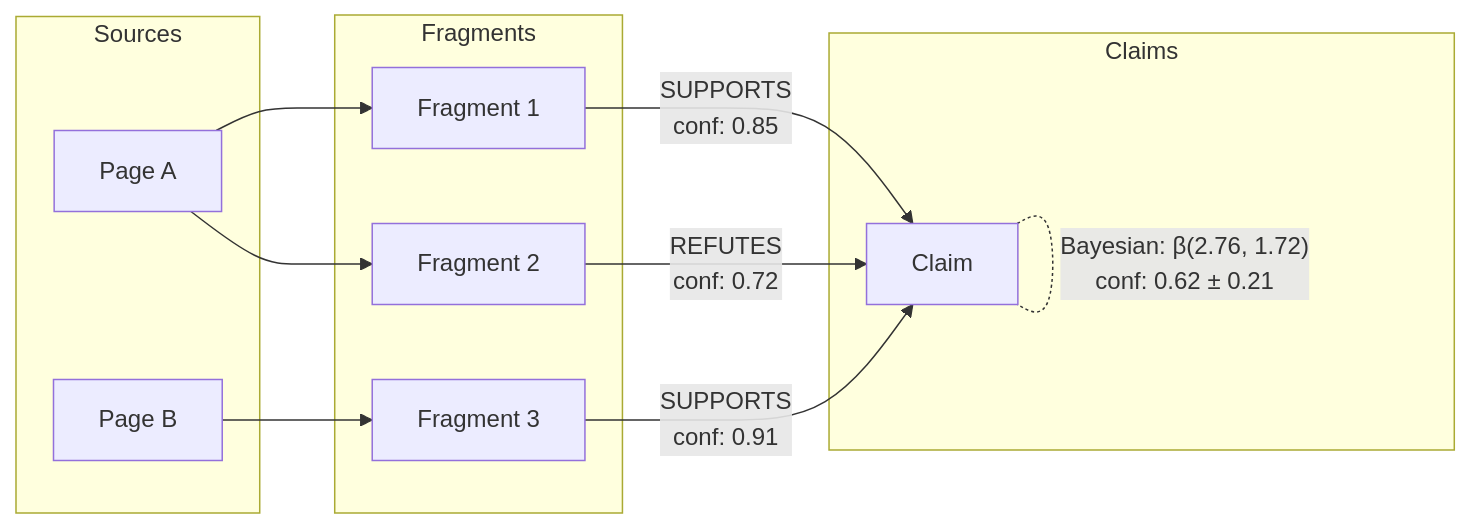
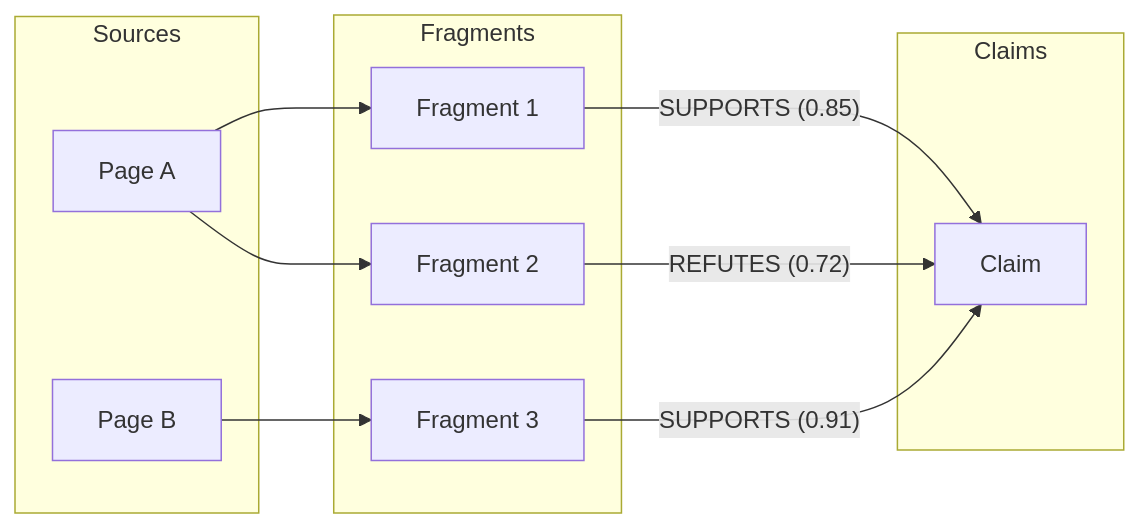
Before and after one commit to k-shibuki/lyra: the third of 3 diagrams in paper/joss/body_draft_20260104.md, drawn with Mermaid. The commit also changed other lines of this file, not shown here.

First line of the commit message:
docs: fix Mermaid diagrams for GitHub rendering

````diff
--- a/paper/joss/body_draft_20260104.md
+++ b/paper/joss/body_draft_20260104.md
@@ -65,22 +67,21 @@
 ```mermaid
 flowchart LR
     subgraph Sources
         P1[Page A]
         P2[Page B]
     end
     subgraph Fragments
         F1[Fragment 1]
         F2[Fragment 2]
         F3[Fragment 3]
     end
     subgraph Claims
         C[Claim]
     end
     P1 --> F1
     P1 --> F2
     P2 --> F3
-    F1 -->|SUPPORTS\nconf: 0.85| C
-    F2 -->|REFUTES\nconf: 0.72| C
-    F3 -->|SUPPORTS\nconf: 0.91| C
-    C -.-|"Bayesian: β(2.76, 1.72)\nconf: 0.62 ± 0.21"| C
+    F1 -->|"SUPPORTS (0.85)"| C
+    F2 -->|"REFUTES (0.72)"| C
+    F3 -->|"SUPPORTS (0.91)"| C
 ```
````
